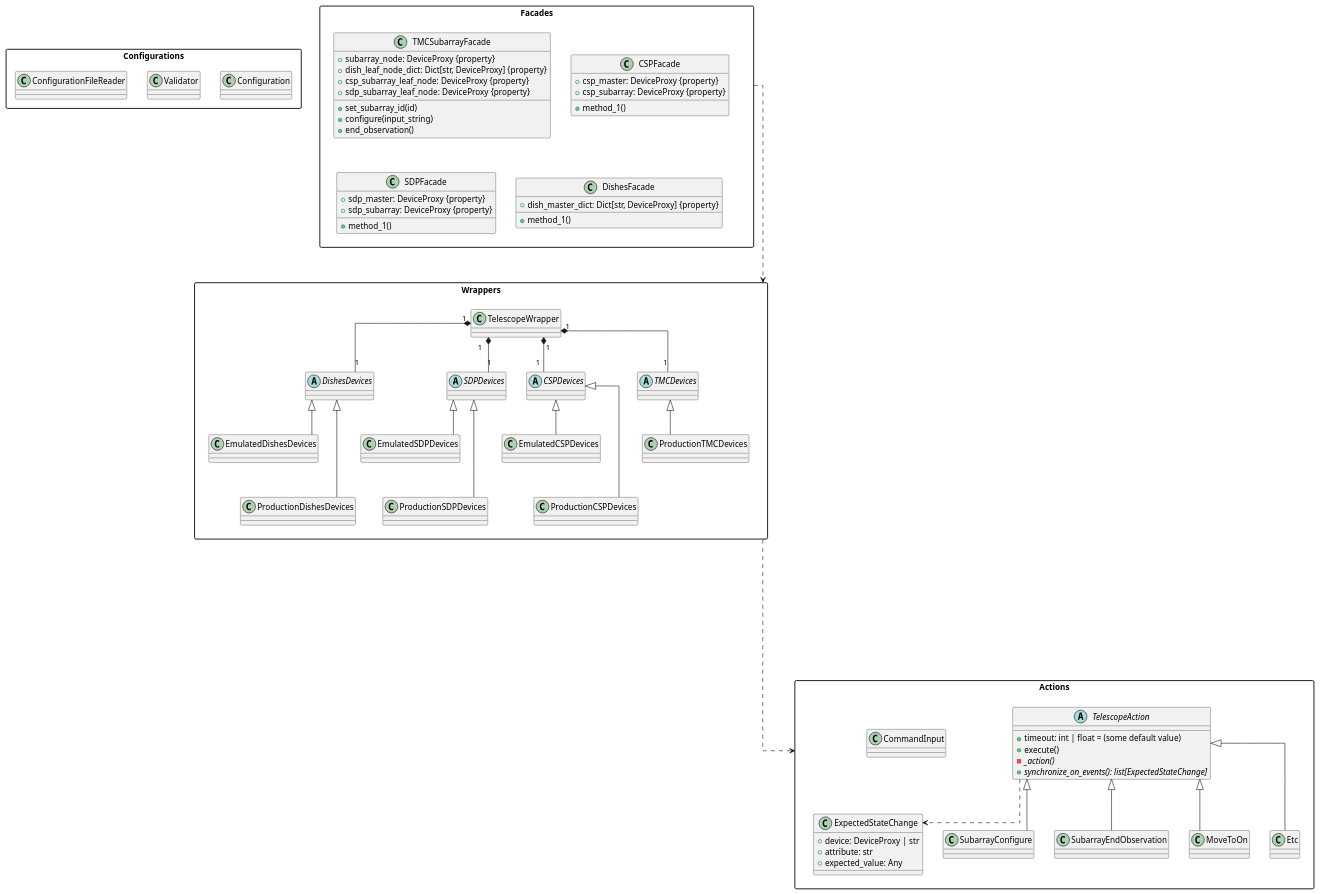
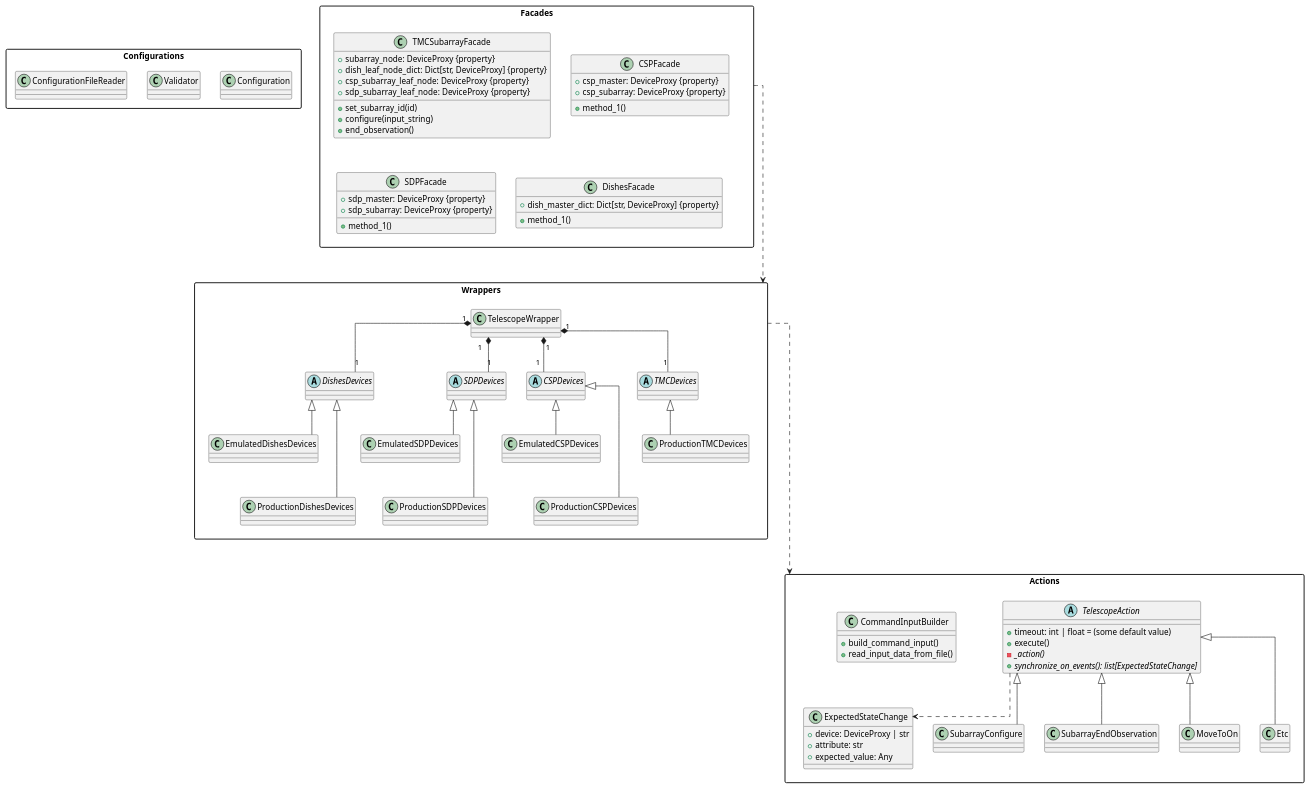
The diagram in src/ska_integration_test_harness/architecture.plantuml (ska-telescope/ska-integration-test-harness), drawn with PlantUML before and after one commit. The commit also changed 1 other file, not shown here.

Commit message:
SP-4375: updated the diagram

```diff
--- a/src/ska_integration_test_harness/architecture.plantuml
+++ b/src/ska_integration_test_harness/architecture.plantuml
@@ -1,163 +1,164 @@
 @startuml
 
 skinparam packageStyle rectangle
 skinparam linetype ortho
 
 ' Enforce vertical layout
 top to bottom direction
 
 package "Configurations" {
     ' Configuration class to the left of Facades
     class Configuration {
     }
     class Validator {}
     class ConfigurationFileReader {}
 }
 
 ' Facades at the top
 package "Facades" {
     class TMCSubarrayFacade {
         + subarray_node: DeviceProxy {property}
         + dish_leaf_node_dict: Dict[str, DeviceProxy] {property}
         + csp_subarray_leaf_node: DeviceProxy {property}
         + sdp_subarray_leaf_node: DeviceProxy {property}
         + set_subarray_id(id)
         + configure(input_string)
         + end_observation()
     }
 
     class CSPFacade {
         + csp_master: DeviceProxy {property}
         + csp_subarray: DeviceProxy {property}
         + method_1()
     }
 
     class SDPFacade {
         + sdp_master: DeviceProxy {property}
         + sdp_subarray: DeviceProxy {property}
         + method_1()
     }
 
     class DishesFacade {
         + dish_master_dict: Dict[str, DeviceProxy] {property}
         + method_1()
     }
 }
 
 Configuration -[hidden]right- Facades
 
 ' Wrappers and Devices in the middle
 package "Wrappers" {
     class TelescopeWrapper {
     }
 
     abstract class TMCDevices
     class ProductionTMCDevices
     abstract class CSPDevices
     class EmulatedCSPDevices
     class ProductionCSPDevices
     abstract class SDPDevices
     class EmulatedSDPDevices
     class ProductionSDPDevices
     abstract class DishesDevices
     class EmulatedDishesDevices
     class ProductionDishesDevices
 
     ProductionTMCDevices -up-|> TMCDevices
     EmulatedCSPDevices -up-|> CSPDevices
     ProductionCSPDevices -up-|> CSPDevices
     EmulatedSDPDevices -up-|> SDPDevices
     ProductionSDPDevices -up-|> SDPDevices
     EmulatedDishesDevices -up-|> DishesDevices
     ProductionDishesDevices -up-|> DishesDevices
 
     TelescopeWrapper "1" *-- "1" TMCDevices
     TelescopeWrapper "1" *-- "1" CSPDevices
     TelescopeWrapper "1" *-- "1" SDPDevices
     TelescopeWrapper "1" *-- "1" DishesDevices
 }
 
 
 
 package "Actions" {
     abstract class TelescopeAction {
         + timeout: int | float = (some default value)
         + execute()
         - _action() {abstract}
         + synchronize_on_events(): list[ExpectedStateChange] {abstract}
     }
 
     class ExpectedStateChange {
         + device: DeviceProxy | str
         + attribute: str
         + expected_value: Any
     }
 
-    class CommandInput {
+    class CommandInputBuilder {
+        + build_command_input()
+        + read_input_data_from_file()
     }
 
     class SubarrayConfigure
     class SubarrayEndObservation
     class MoveToOn
     class Etc
 
     SubarrayConfigure -up-|> TelescopeAction
     SubarrayEndObservation -up-|> TelescopeAction
     MoveToOn -up-|> TelescopeAction
     Etc -up-|> TelescopeAction
 
     TelescopeAction ..> ExpectedStateChange
 }
 ' ensure Actions are below Wrappers
 "Wrappers" -[hidden]down--- Actions
 
 ' Stacking packages vertically
 Facades -[hidden]down- "Wrappers"
 Facades ..down..> "Wrappers"
-"Wrappers" ..[hidden]down.......> Actions
-"Wrappers" ..down..> Actions
+"Wrappers" ..down....> Actions
 
 skinparam class {
     ProductionTMCDevices BackgroundColor LightBlue
     ProductionCSPDevices BackgroundColor LightBlue
     ProductionSDPDevices BackgroundColor LightBlue
     ProductionDishesDevices BackgroundColor LightBlue
     ExpectedStateChange BackgroundColor LightBlue
 }
 
 skinparam class {
     EmulatedCSPDevices BackgroundColor LightGreen
     EmulatedSDPDevices BackgroundColor LightGreen
     EmulatedDishesDevices BackgroundColor LightGreen
 }
 
 skinparam class {
     TMCDevices BackgroundColor Wheat
     CSPDevices BackgroundColor Wheat
     SDPDevices BackgroundColor Wheat
     DishesDevices BackgroundColor Wheat
     TelescopeAction BackgroundColor Wheat
     SubarrayConfigure BackgroundColor Wheat
     SubarrayEndObservation BackgroundColor Wheat
     MoveToOn BackgroundColor Wheat
     Etc BackgroundColor Wheat
 }
 
 skinparam class {
     TMCSubarrayFacade BackgroundColor PaleGreen
     CSPFacade BackgroundColor PaleGreen
     SDPFacade BackgroundColor PaleGreen
     DishesFacade BackgroundColor PaleGreen
 }
 
 skinparam class {
     Configuration BackgroundColor Yellow
     CommandInput BackgroundColor Yellow
 }
 
 ' Position emulated devices slightly lower
 EmulatedCSPDevices -[hidden]down- ProductionCSPDevices
 EmulatedSDPDevices -[hidden]down- ProductionSDPDevices
 EmulatedDishesDevices -[hidden]down- ProductionDishesDevices
 
 @enduml
```
